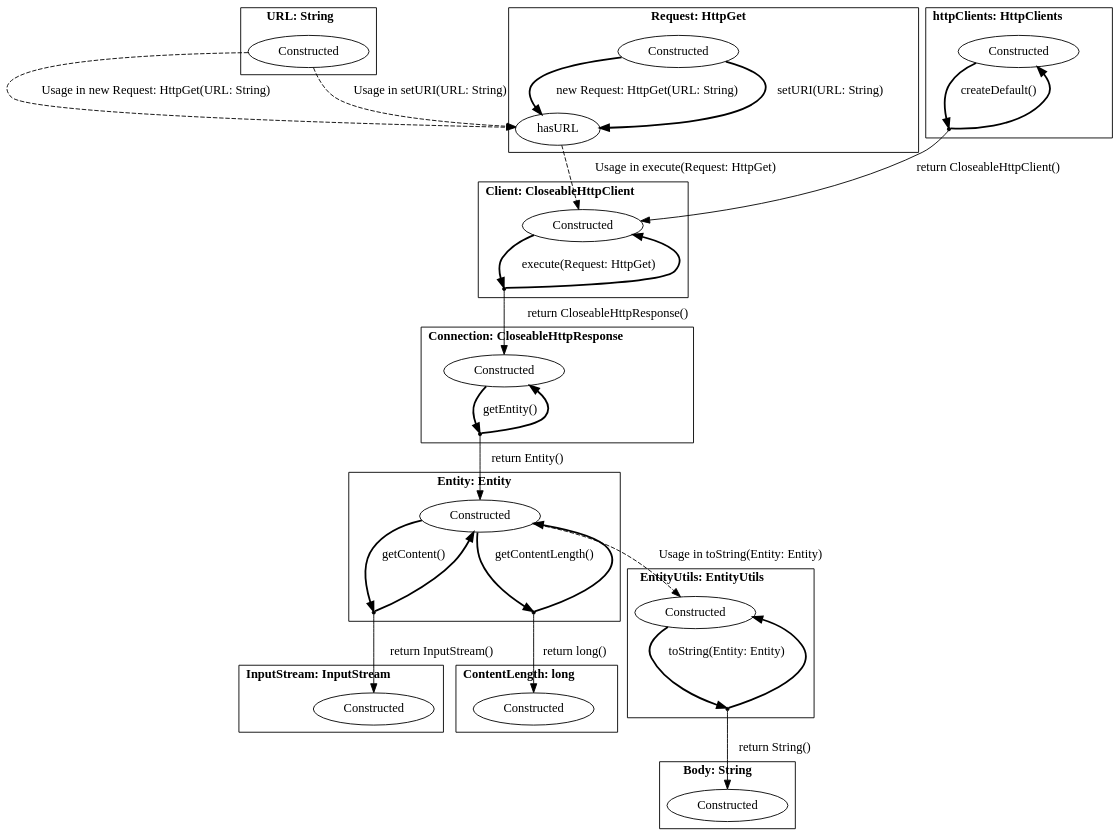
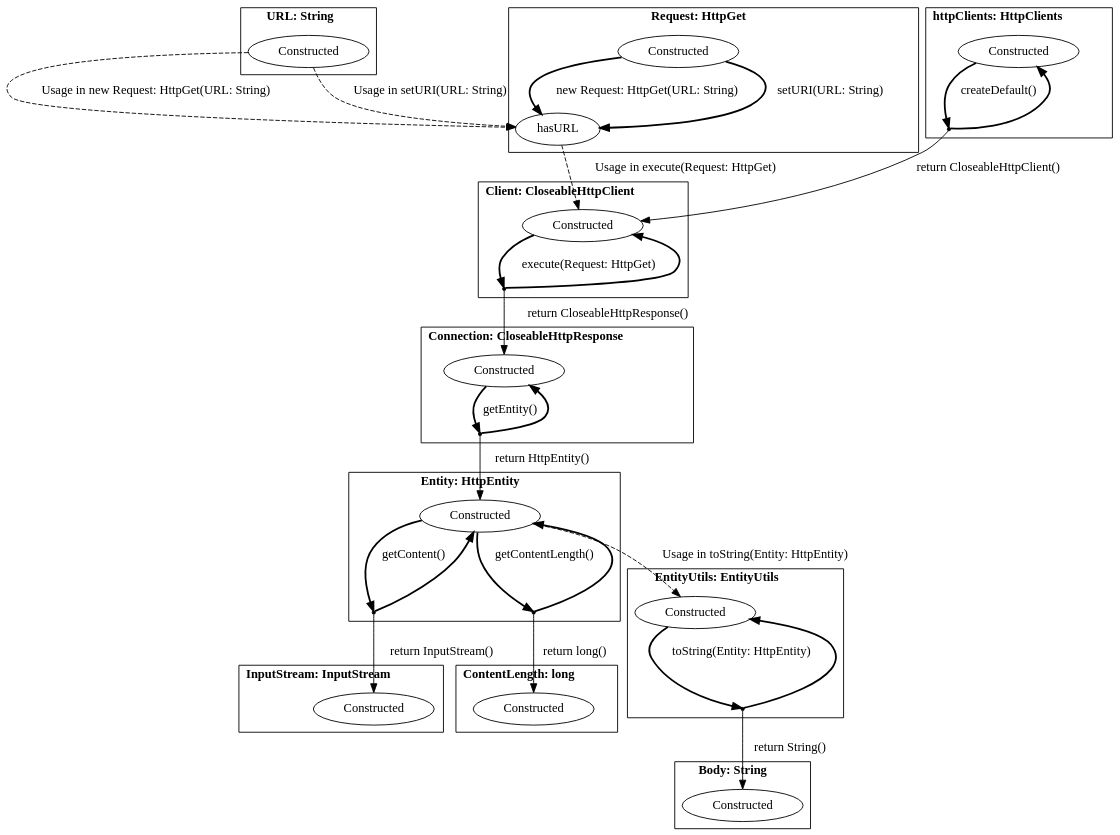
The diagram in pictures/apache.dot (h31/LibraryMigration), drawn with Graphviz before and after one commit. The commit also changed 8 other files, not shown here.

```diff
--- a/pictures/apache.dot
+++ b/pictures/apache.dot
@@ -1,74 +1,74 @@
 digraph G {
     bgcolor="transparent";
     subgraph cluster0 {
     label = <<B>URL: String</B>>;
         Constructed_URL [ label="Constructed" ];
     }
     subgraph cluster1 {
     label = <<B>Request: HttpGet</B>>;
         Constructed_Request [ label="Constructed" ];
         hasURL_Request [ label="hasURL" ];
     }
     subgraph cluster2 {
     label = <<B>Client: CloseableHttpClient</B>>;
         Constructed_Client [ label="Constructed" ];
         virtual0 [ shape = point ];
     }
     subgraph cluster3 {
     label = <<B>Connection: CloseableHttpResponse</B>>;
         Constructed_Connection [ label="Constructed" ];
         virtual1 [ shape = point ];
     }
     subgraph cluster4 {
     label = <<B>Body: String</B>>;
         Constructed_Body [ label="Constructed" ];
     }
     subgraph cluster5 {
     label = <<B>httpClients: HttpClients</B>>;
         Constructed_httpClients [ label="Constructed" ];
         virtual2 [ shape = point ];
     }
     subgraph cluster6 {
     label = <<B>InputStream: InputStream</B>>;
         Constructed_InputStream [ label="Constructed" ];
     }
     subgraph cluster7 {
     label = <<B>ContentLength: long</B>>;
         Constructed_ContentLength [ label="Constructed" ];
     }
     subgraph cluster8 {
-    label = <<B>Entity: Entity</B>>;
+    label = <<B>Entity: HttpEntity</B>>;
         Constructed_Entity [ label="Constructed" ];
         virtual3 [ shape = point ];
         virtual4 [ shape = point ];
     }
     subgraph cluster9 {
     label = <<B>EntityUtils: EntityUtils</B>>;
         Constructed_EntityUtils [ label="Constructed" ];
         virtual5 [ shape = point ];
     }
         Constructed_URL -> hasURL_Request [ label="Usage in new Request: HttpGet(URL: String)", style = "dashed"  ];
         Constructed_URL -> hasURL_Request [ label="Usage in setURI(URL: String)", style = "dashed"  ];
         Constructed_Request -> hasURL_Request [ label="new Request: HttpGet(URL: String)", style = "bold"  ];
         Constructed_Request -> hasURL_Request [ label="setURI(URL: String)", style = "bold"  ];
         hasURL_Request -> Constructed_Client [ label="Usage in execute(Request: HttpGet)", style = "dashed"  ];
         Constructed_Client -> virtual0 [ style = "bold" label="execute(Request: HttpGet)"  ];
         virtual0 -> Constructed_Client [ style = "bold"  ];
         virtual0 -> Constructed_Connection [ label="return CloseableHttpResponse()"  ];
         Constructed_Connection -> virtual1 [ style = "bold" label="getEntity()"  ];
         virtual1 -> Constructed_Connection [ style = "bold"  ];
-        virtual1 -> Constructed_Entity [ label="return Entity()"  ];
+        virtual1 -> Constructed_Entity [ label="return HttpEntity()"  ];
         Constructed_httpClients -> virtual2 [ style = "bold" label="createDefault()"  ];
         virtual2 -> Constructed_httpClients [ style = "bold"  ];
         virtual2 -> Constructed_Client [ label="return CloseableHttpClient()"  ];
-        Constructed_Entity -> Constructed_EntityUtils [ label="Usage in toString(Entity: Entity)", style = "dashed"  ];
+        Constructed_Entity -> Constructed_EntityUtils [ label="Usage in toString(Entity: HttpEntity)", style = "dashed"  ];
         Constructed_Entity -> virtual3 [ style = "bold" label="getContent()"  ];
         virtual3 -> Constructed_Entity [ style = "bold"  ];
         virtual3 -> Constructed_InputStream [ label="return InputStream()"  ];
         Constructed_Entity -> virtual4 [ style = "bold" label="getContentLength()"  ];
         virtual4 -> Constructed_Entity [ style = "bold"  ];
         virtual4 -> Constructed_ContentLength [ label="return long()"  ];
-        Constructed_EntityUtils -> virtual5 [ style = "bold" label="toString(Entity: Entity)"  ];
+        Constructed_EntityUtils -> virtual5 [ style = "bold" label="toString(Entity: HttpEntity)"  ];
         virtual5 -> Constructed_EntityUtils [ style = "bold"  ];
         virtual5 -> Constructed_Body [ label="return String()"  ];
 }
```
